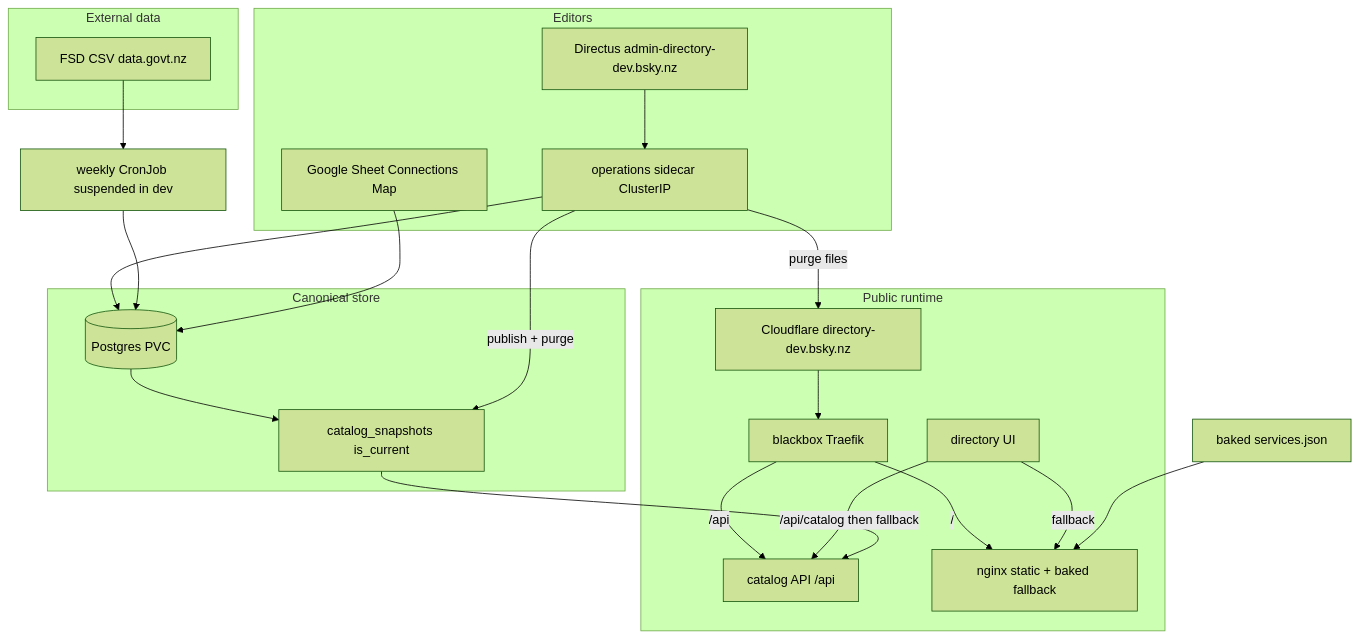
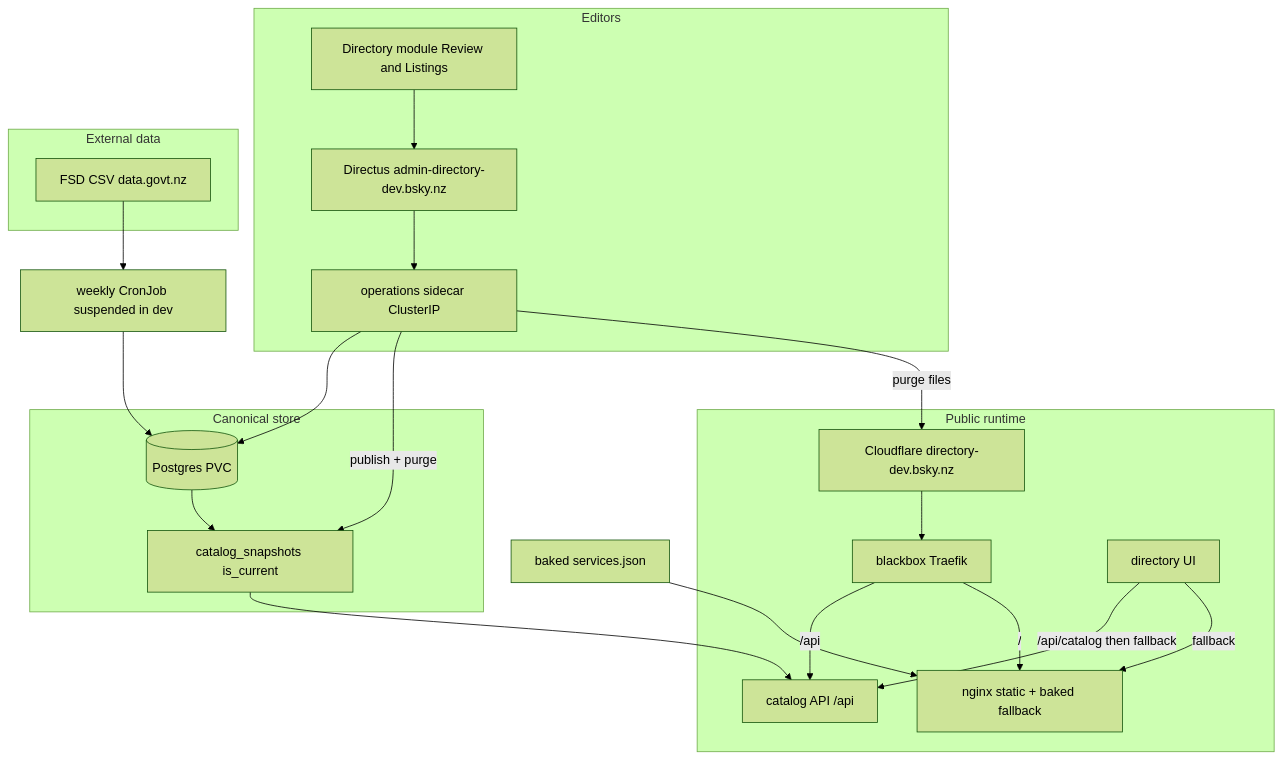
Before and after one commit to irab/porirua-locality-preview: the first of 2 diagrams in docs/architecture/porirua-directory-architecture.md, drawn with Mermaid (forest theme). The commit also changed other lines of this file and 10 other files, not shown here.

````diff
--- a/docs/architecture/porirua-directory-architecture.md
+++ b/docs/architecture/porirua-directory-architecture.md
@@ -24,35 +24,35 @@
 ```mermaid
 flowchart TB
   subgraph editors [Editors]
     Directus[Directus admin-directory-dev.bsky.nz]
     Ops[operations sidecar ClusterIP]
-    Sheet[Google Sheet Connections Map]
+    Module[Directory module Review and Listings]
   end
   subgraph external [External data]
     FSD[FSD CSV data.govt.nz]
   end
   subgraph data [Canonical store]
     PG[(Postgres PVC)]
     Snap[catalog_snapshots is_current]
   end
   subgraph public [Public runtime]
     CF[Cloudflare directory-dev.bsky.nz]
     BB[blackbox Traefik]
     API[catalog API /api]
     Nginx[nginx static + baked fallback]
     UI[directory UI]
   end
-  Sheet --> PG
+  Module --> Directus
   FSD --> Sync[weekly CronJob suspended in dev]
   Sync --> PG
   Directus --> Ops --> PG
   Ops -->|publish + purge| Snap
   Ops -->|purge files| CF
   PG --> Snap --> API
   JSON[baked services.json] --> Nginx
   UI -->|/api/catalog then fallback| API
   UI -->|fallback| Nginx
   CF --> BB
   BB -->|/api| API
   BB -->|/| Nginx
 ```
````
